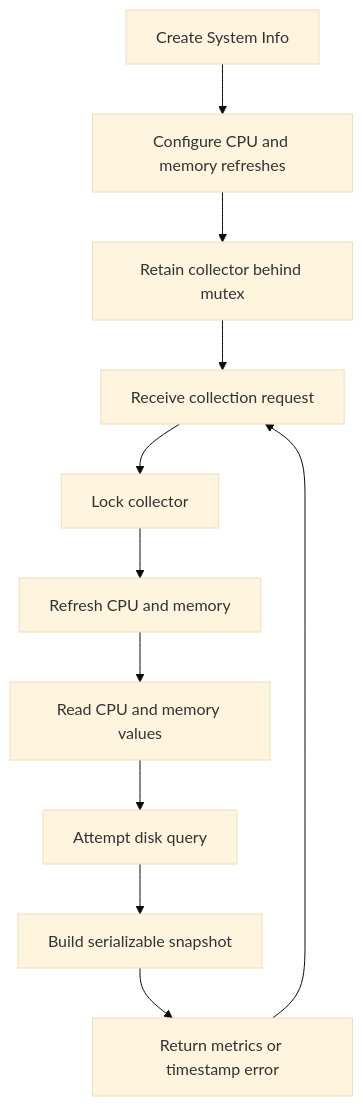
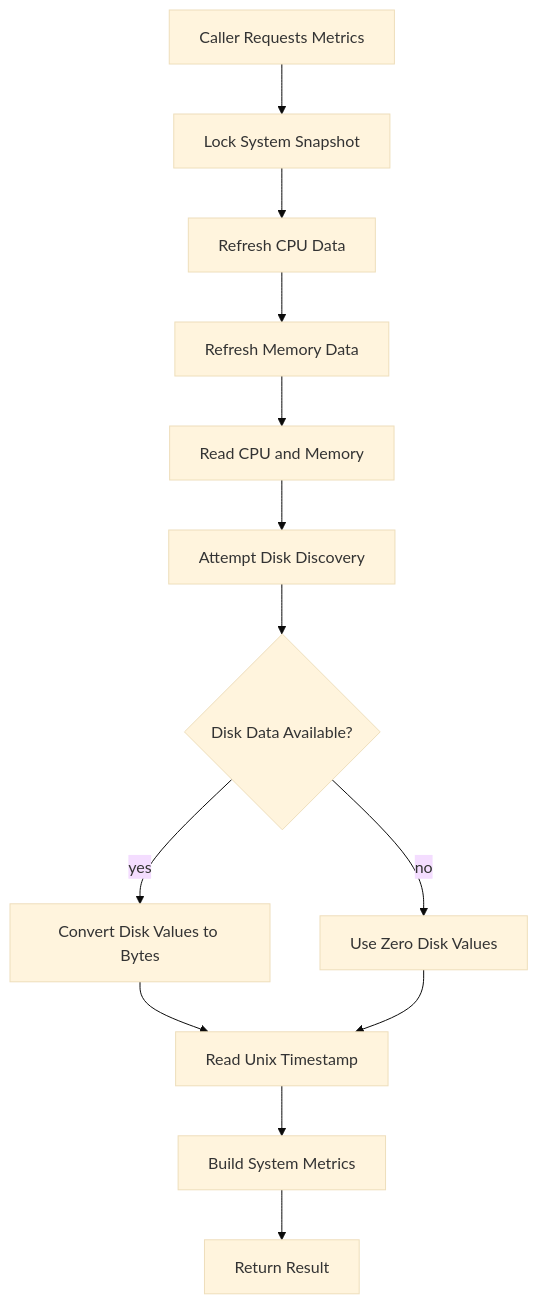
One commit to flamingo-stack/openframe-oss-tenant changed the second of 3 diagrams in docs/reference/architecture/openframe-client-core/system-info/system-info.md. Above: the diagram before and after it, drawn with Mermaid (base theme). The commit also changed other lines of this file and 2377 other files, not shown here.

````diff
--- a/docs/reference/architecture/openframe-client-core/system-info/system-info.md
+++ b/docs/reference/architecture/openframe-client-core/system-info/system-info.md
@@ -65,13 +59,15 @@
 ```mermaid
 flowchart TD
-    Start["Create System Info"] --> Configure["Configure CPU and memory refreshes"]
-    Configure --> Retain["Retain collector behind mutex"]
-    Retain --> Request["Receive collection request"]
-    Request --> Lock["Lock collector"]
-    Lock --> Refresh["Refresh CPU and memory"]
-    Refresh --> Read["Read CPU and memory values"]
-    Read --> Disk["Attempt disk query"]
-    Disk --> Build["Build serializable snapshot"]
-    Build --> Return["Return metrics or timestamp error"]
-    Return --> Request
+    Start["Caller Requests Metrics"] --> Lock["Lock System Snapshot"]
+    Lock --> RefreshCpu["Refresh CPU Data"]
+    RefreshCpu --> RefreshMemory["Refresh Memory Data"]
+    RefreshMemory --> ReadCore["Read CPU and Memory"]
+    ReadCore --> ReadDisk["Attempt Disk Discovery"]
+    ReadDisk --> DiskOk{"Disk Data Available?"}
+    DiskOk -->|"yes"| Convert["Convert Disk Values to Bytes"]
+    DiskOk -->|"no"| DefaultDisk["Use Zero Disk Values"]
+    Convert --> Timestamp["Read Unix Timestamp"]
+    DefaultDisk --> Timestamp
+    Timestamp --> Build["Build System Metrics"]
+    Build --> Return["Return Result"]
 ```
````
